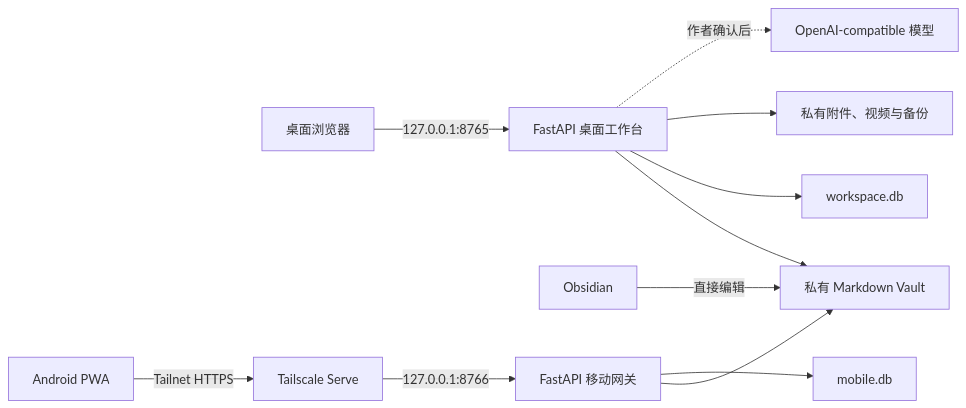
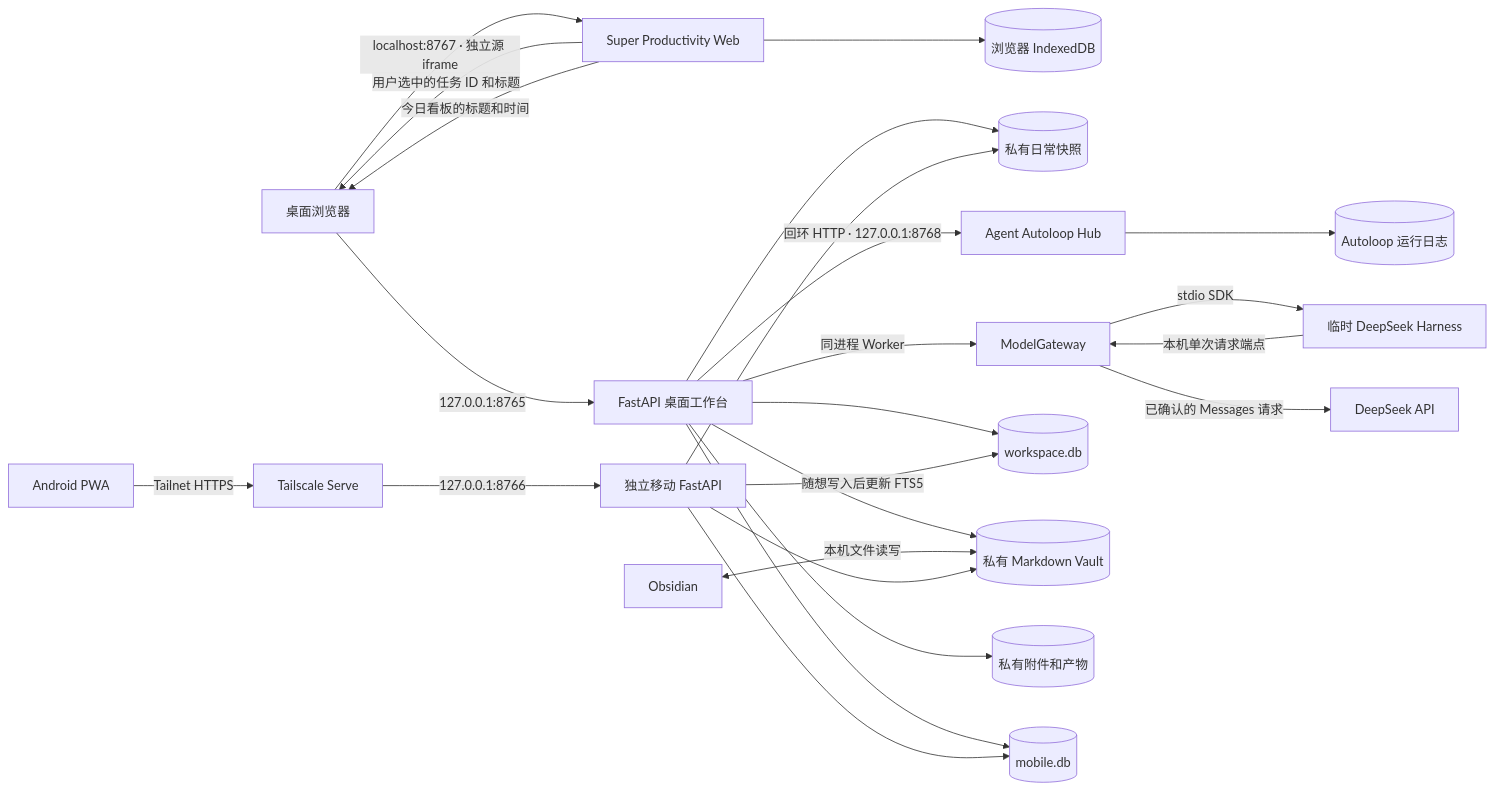
One commit to lemon-neko/personal-creative-workspace changed the diagram in docs/architecture/README.md. Above: the diagram before and after it, drawn with Mermaid. The commit also changed other lines of this file and 185 other files, not shown here.

````diff
--- a/docs/architecture/README.md
+++ b/docs/architecture/README.md
@@ -14,13 +9,26 @@
 ```mermaid
 flowchart LR
-    B["桌面浏览器"] -->|"127.0.0.1:8765"| D["FastAPI 桌面工作台"]
-    O["Obsidian"] -->|"直接编辑"| V["私有 Markdown Vault"]
-    P["Android PWA"] -->|"Tailnet HTTPS"| T["Tailscale Serve"]
-    T -->|"127.0.0.1:8766"| M["FastAPI 移动网关"]
-    D --> V
-    M --> V
-    D --> W["workspace.db"]
-    M --> MB["mobile.db"]
-    D --> F["私有附件、视频与备份"]
-    D -.->|"作者确认后"| L["OpenAI-compatible 模型"]
+    Browser["桌面浏览器"] -->|"127.0.0.1:8765"| Desktop["FastAPI 桌面工作台"]
+    Browser -->|"localhost:8767 · 独立源 iframe"| SP["Super Productivity Web"]
+    SP --> IDB[("浏览器 IndexedDB")]
+    SP -->|"用户选中的任务 ID 和标题"| Browser
+    SP -->|"今日看板的标题和时间"| Browser
+    Desktop --> Daily[("私有日常快照")]
+    Mobile --> Daily
+    Desktop -->|"回环 HTTP · 127.0.0.1:8768"| Hub["Agent Autoloop Hub"]
+    Hub --> HubDB[("Autoloop 运行日志")]
+    Desktop -->|"同进程 Worker"| Gateway["ModelGateway"]
+    Gateway -->|"stdio SDK"| DSH["临时 DeepSeek Harness"]
+    DSH -->|"本机单次请求端点"| Gateway
+    Gateway -->|"已确认的 Messages 请求"| DS["DeepSeek API"]
+    Desktop --> Main[("workspace.db")]
+    Desktop --> Vault[("私有 Markdown Vault")]
+    Desktop --> Files[("私有附件和产物")]
+    Desktop --> Device[("mobile.db")]
+    Obsidian["Obsidian"] <-->|"本机文件读写"| Vault
+    Phone["Android PWA"] -->|"Tailnet HTTPS"| TS["Tailscale Serve"]
+    TS -->|"127.0.0.1:8766"| Mobile["独立移动 FastAPI"]
+    Mobile --> Vault
+    Mobile --> Device
+    Mobile -->|"随想写入后更新 FTS5"| Main
 ```
````
